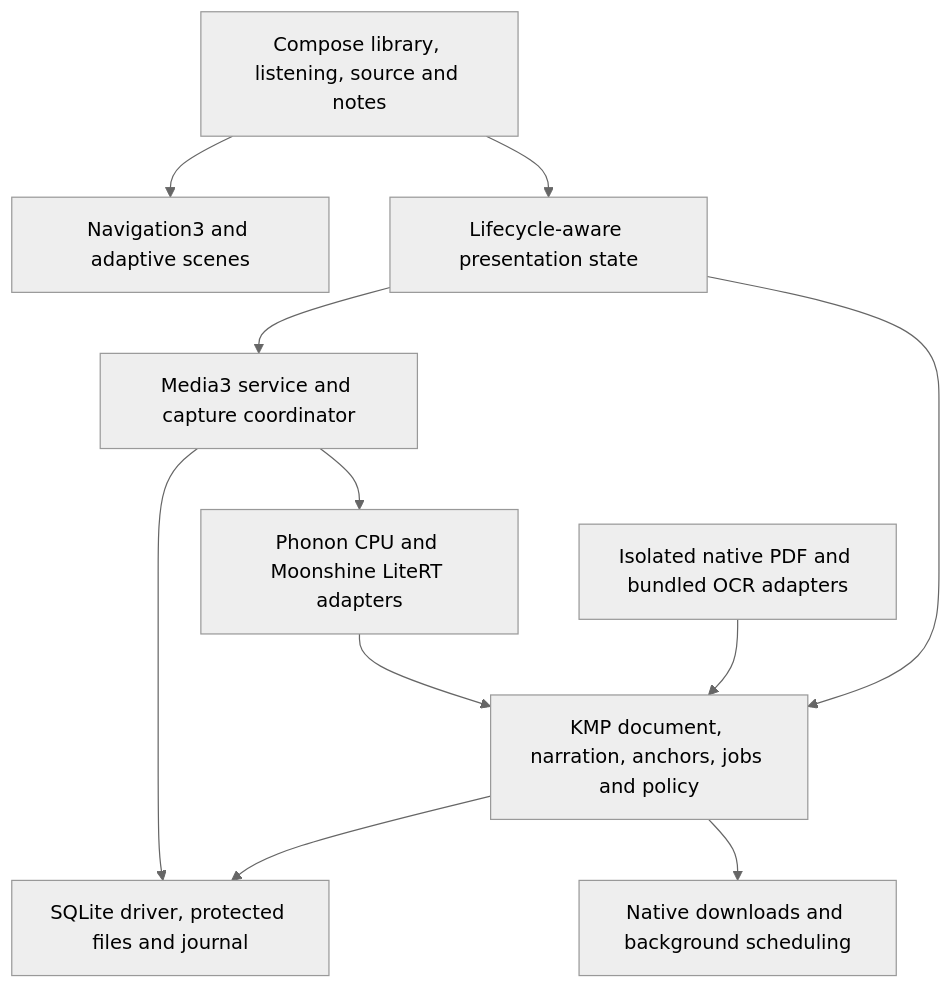
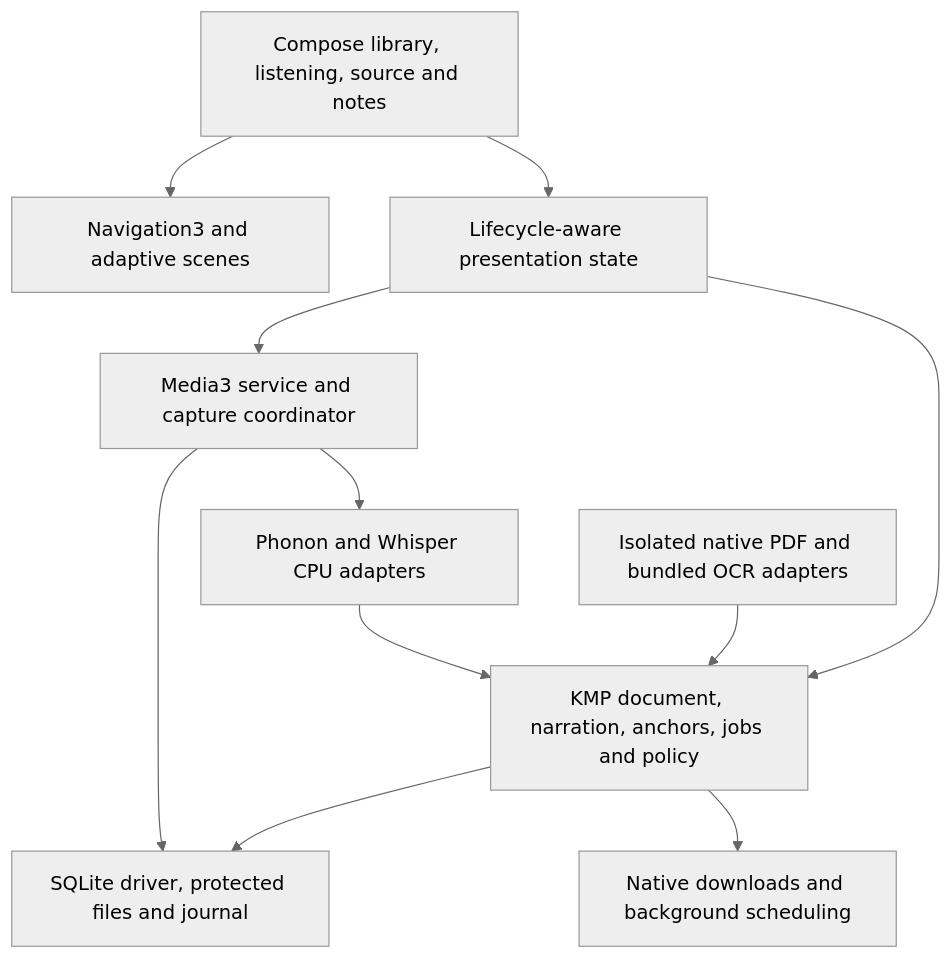
One commit to atlasmoth/rhapsodos changed the diagram in docs/android.md. Above: the diagram before and after it, drawn with Mermaid (neutral theme). The commit also changed other lines of this file and 26 other files, not shown here.

````diff
--- a/docs/android.md
+++ b/docs/android.md
@@ -30,22 +30,22 @@
 ```mermaid
 flowchart TB
     UI[Compose library, listening, source and notes]
     Nav[Navigation3 and adaptive scenes]
     Presentation[Lifecycle-aware presentation state]
     Core[KMP document, narration, anchors, jobs and policy]
     PDF[Isolated native PDF and bundled OCR adapters]
     Audio[Media3 service and capture coordinator]
-    Speech[Phonon CPU and Moonshine LiteRT adapters]
+    Speech[Phonon and Whisper CPU adapters]
     Storage[SQLite driver, protected files and journal]
     Work[Native downloads and background scheduling]
     UI --> Nav
     UI --> Presentation
     Presentation --> Core
     Presentation --> Audio
     PDF --> Core
     Core --> Storage
     Core --> Work
     Audio --> Speech
     Audio --> Storage
     Speech --> Core
 ```
````
